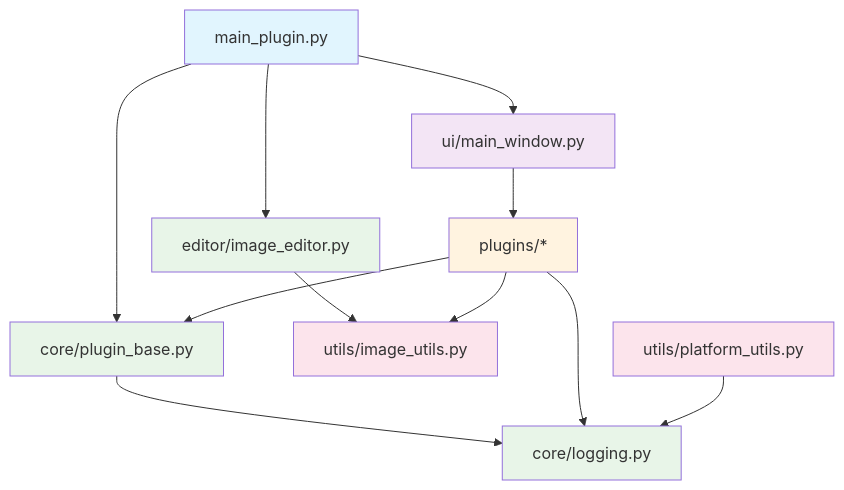
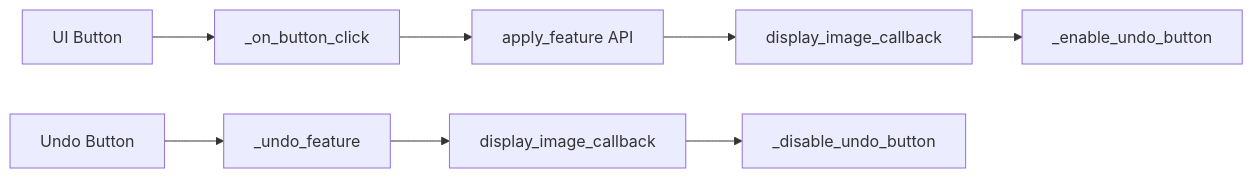
Before and after one commit to TITManagement/advanced-image-editor: the first of 3 diagrams in docs/ARCHITECTURE.md, drawn with Mermaid. The commit also changed other lines of this file and 5 other files, not shown here.

````diff
--- a/docs/ARCHITECTURE.md
+++ b/docs/ARCHITECTURE.md
@@ -310,28 +155,11 @@
 ```mermaid
-graph TD
-    A[main_plugin.py] --> B[ui/main_window.py]
-    A --> C[editor/image_editor.py]
-    A --> D[core/plugin_base.py]
+graph LR
+    A[UI Button] --> B[_on_button_click]
+    B --> C[apply_feature API]
+    C --> D[display_image_callback]
+    D --> E[_enable_undo_button]
     
-    B --> E[plugins/*]
-    C --> F[utils/image_utils.py]
-    D --> G[core/logging.py]
-    
-    E --> D
-    E --> F
-    E --> G
-    
-    H[utils/platform_utils.py] --> G
-    
-    classDef app fill:#e1f5fe
-    classDef ui fill:#f3e5f5
-    classDef core fill:#e8f5e8
-    classDef plugin fill:#fff3e0
-    classDef util fill:#fce4ec
-    
-    class A app
-    class B,ui ui
-    class C,D,G core
-    class E plugin
-    class F,H util
+    F[Undo Button] --> G[_undo_feature]
+    G --> H[display_image_callback]
+    H --> I[_disable_undo_button]
 ```
````
